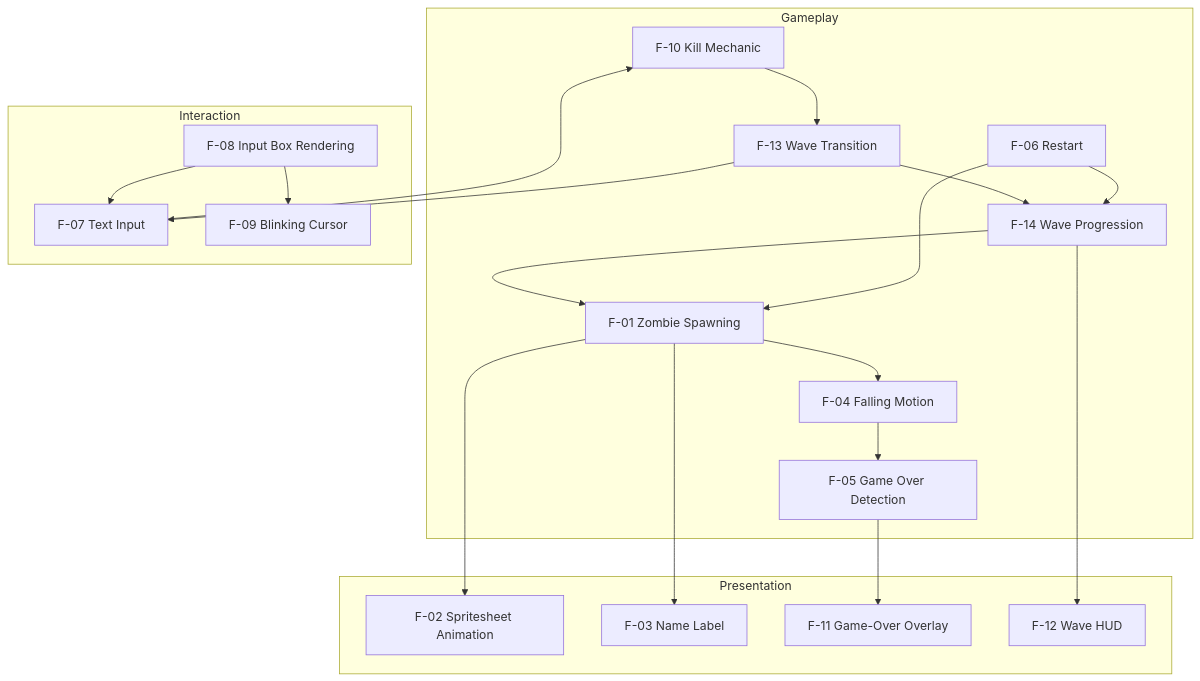
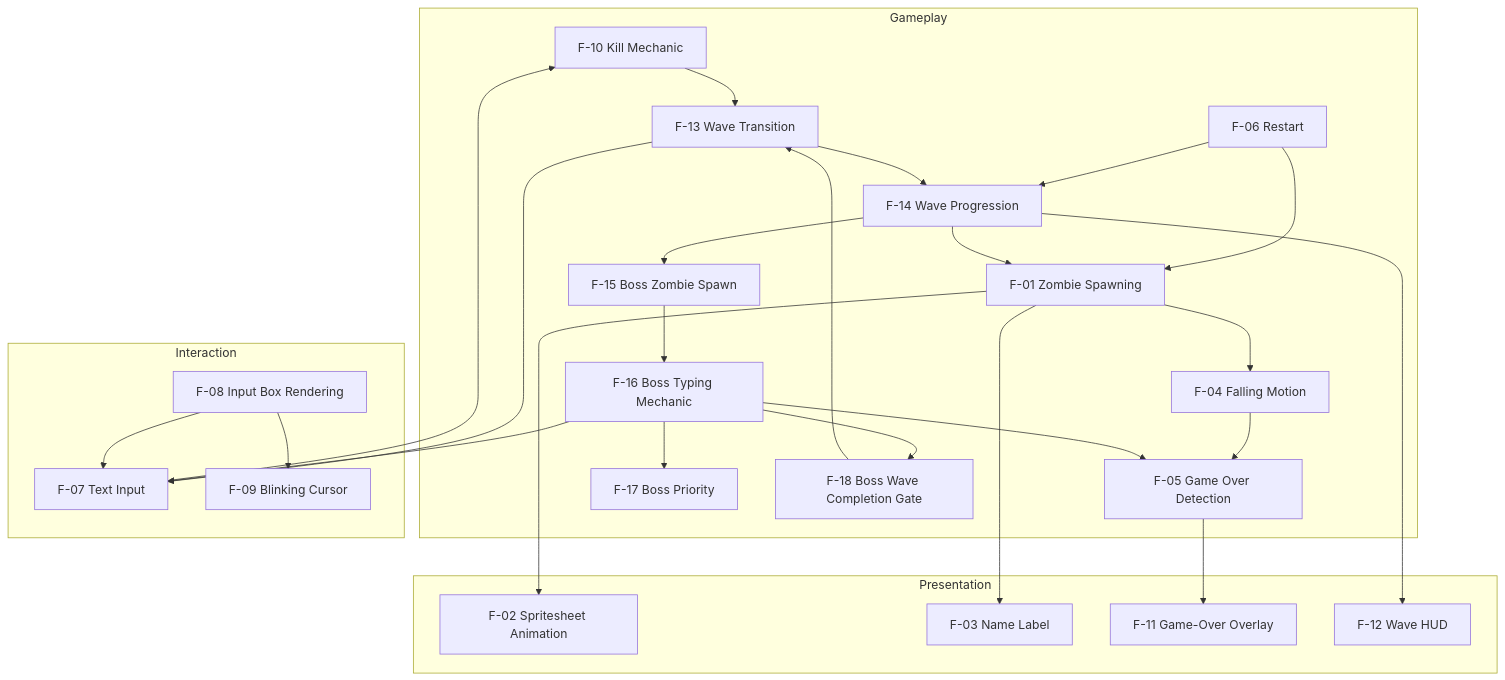
The first of 10 diagrams in specs/specifications/features.md (bfernandez31/death-note), drawn with Mermaid before and after one commit. The commit also changed other lines of this file and 4 other files, not shown here.

````diff
--- a/specs/specifications/features.md
+++ b/specs/specifications/features.md
@@ -37,41 +42,52 @@
 ```mermaid
 graph TB
     subgraph Gameplay
         Spawning["F-01 Zombie Spawning"]
         Falling["F-04 Falling Motion"]
         Killing["F-10 Kill Mechanic"]
         GameOver["F-05 Game Over Detection"]
         Restart["F-06 Restart"]
         WaveSystem["F-14 Wave Progression"]
         WaveTransition["F-13 Wave Transition"]
+        BossSpawn["F-15 Boss Zombie Spawn"]
+        BossTyping["F-16 Boss Typing Mechanic"]
+        BossPriority["F-17 Boss Priority"]
+        BossGate["F-18 Boss Wave Completion Gate"]
     end
 
     subgraph Presentation
         Animation["F-02 Spritesheet Animation"]
         NameLabel["F-03 Name Label"]
         GameOverOverlay["F-11 Game-Over Overlay"]
         HUD["F-12 Wave HUD"]
     end
 
     subgraph Interaction
         TextBox["F-08 Input Box Rendering"]
         Keyboard["F-07 Text Input"]
         BlinkingCursor["F-09 Blinking Cursor"]
     end
 
     Spawning --> Falling
     Falling --> GameOver
     Keyboard --> Killing
     GameOver --> GameOverOverlay
     Restart --> Spawning
     Restart --> WaveSystem
     Spawning --> Animation
     Spawning --> NameLabel
     TextBox --> Keyboard
     TextBox --> BlinkingCursor
     WaveSystem --> Spawning
     WaveSystem --> HUD
     Killing --> WaveTransition
     WaveTransition --> WaveSystem
     WaveTransition --> Keyboard
+    WaveSystem --> BossSpawn
+    BossSpawn --> BossTyping
+    BossTyping --> Keyboard
+    BossTyping --> BossPriority
+    BossTyping --> BossGate
+    BossGate --> WaveTransition
+    BossTyping --> GameOver
 ```
````
